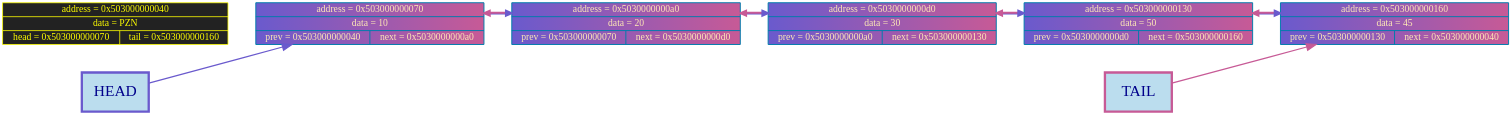
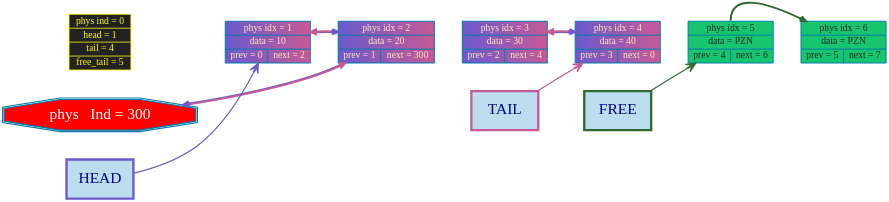
Before and after one commit to timoko3/list: the diagram in graphDumps/graphDump.dot, drawn with Graphviz. The commit also changed 18 other files, not shown here.

```diff
--- a/graphDumps/graphDump.dot
+++ b/graphDumps/graphDump.dot
@@ -1,31 +1,41 @@
 digraph G {
 rankdir=LR
 bgcolor="transparent"
 nodesep = 1;
 ranksep = 1
 	node [shape=record, style="filled", fillcolor="#FFA089", fontcolor="black", color="#007CAD", penwidth=2.5, fontname="Tahoma", fontsize=25];
 
-node64 [label="address = 0x503000000040 | data = PZN | {head = 0x503000000070 | tail = 0x503000000160} ", shape=record, style="filled", fillcolor="#222222", fontcolor="yellow", color="yellow", penwidth=2];
-	node112 [label="address = 0x503000000070 | data = 10 | {prev = 0x503000000040 | next = 0x5030000000a0} "];
-	node160 [label="address = 0x5030000000a0 | data = 20 | {prev = 0x503000000070 | next = 0x5030000000d0} "];
-	node208 [label="address = 0x5030000000d0 | data = 30 | {prev = 0x5030000000a0 | next = 0x503000000130} "];
-	node304 [label="address = 0x503000000130 | data = 50 | {prev = 0x5030000000d0 | next = 0x503000000160} "];
-	node352 [label="address = 0x503000000160 | data = 45 | {prev = 0x503000000130 | next = 0x503000000040} "];
+edge [color="#2d714f", arrowsize=1, penwidth=5, arrowhead="vee", style="bold"];
+node0 [label="phys ind = 0 | head = 1 | tail = 4 | free_tail = 5", shape=record, style="filled", fillcolor="#222222", fontcolor="yellow", color="yellow", penwidth=2];
+	node1 [label="phys idx = 1 | data = 10 | {prev = 0 | next = 2} "];
+	node2 [label="phys idx = 2 | data = 20 | {prev = 1 | next = 300} "];
+	node3 [label="phys idx = 3 | data = 30 | {prev = 2 | next = 4} "];
+	node4 [label="phys idx = 4 | data = 40 | {prev = 3 | next = 0} "];
+	node5 [label="phys idx = 5 | data = PZN | {prev = 4 | next = 6} "];
+	node6 [label="phys idx = 6 | data = PZN | {prev = 5 | next = 7} "];
 
 head_label      [shape=box, width = 2.4, height = 1.4, label="HEAD", style="filled", fillcolor="#BBDDEE", color="#6A5ACD", penwidth = 6,  fontcolor="darkblue", fontsize = 40];
 tail_label      [shape=box, width = 2.4, height = 1.4, label="TAIL", style="filled", fillcolor="#BBDDEE", color="#c75a96ff", penwidth = 6,  fontcolor="darkblue", fontsize = 40];
-head_label      -> node112 [color="#6A5ACD"  , arrowsize=2.5, penwidth=3];
-tail_label      -> node352 [color="#c75a96ff"  , arrowsize=2.5, penwidth=3];
-	node64 -> node112[style=invis, weight = 100000];
-node112 -> node160 -> node208 -> node304 -> node352[style=invis, weight=1000000];
-	node112 [fillcolor = "#6A5ACD:#c75a96ff", fontcolor = "#ffe9b5ff"]
-node112 -> node160[color="#6A5ACD:#c75a96ff", arrowsize=1.5, penwidth=5, weight=1000, constraint=false, dir = both];
-node160 [fillcolor = "#6A5ACD:#c75a96ff", fontcolor = "#ffe9b5ff"]
-node160 -> node208[color="#6A5ACD:#c75a96ff", arrowsize=1.5, penwidth=5, weight=1000, constraint=false, dir = both];
-node208 [fillcolor = "#6A5ACD:#c75a96ff", fontcolor = "#ffe9b5ff"]
-node208 -> node304[color="#6A5ACD:#c75a96ff", arrowsize=1.5, penwidth=5, weight=1000, constraint=false, dir = both];
-node304 [fillcolor = "#6A5ACD:#c75a96ff", fontcolor = "#ffe9b5ff"]
-node304 -> node352[color="#6A5ACD:#c75a96ff", arrowsize=1.5, penwidth=5, weight=1000, constraint=false, dir = both];
-node352 [fillcolor = "#6A5ACD:#c75a96ff", fontcolor = "#ffe9b5ff"]
+free_head_label [shape=box, width = 2.4, height = 1.4, label="FREE", style="filled", fillcolor="#BBDDEE", color="#326932", penwidth = 6,  fontcolor="darkblue", fontsize = 40];
+head_label      -> node1 [color="#6A5ACD"  , arrowsize=2.5, penwidth=3];
+tail_label      -> node4 [color="#c75a96ff"  , arrowsize=2.5, penwidth=3];
+free_head_label -> node5 [color="#326932"  , arrowsize=2.5, penwidth=3];
+node0 -> node1[style=invis, weight = 100000];
+	node1 -> node2 -> node3 -> node4 -> node5 -> node6[style=invis, weight=1000000];
+	node1 [fillcolor = "#6A5ACD:#c75a96ff", fontcolor = "#ffe9b5ff"]
+node2 [fillcolor = "#c75a96ff:#c75a96ff", fontcolor = "#ffe9b5ff"]
+node1 -> node2[color="#6A5ACD:#c75a96ff", arrowsize=1.5, penwidth=5, weight=1000, constraint=false, dir = both];
+node2 [fillcolor = "#6A5ACD:#c75a96ff", fontcolor = "#ffe9b5ff"]
+node300 [fillcolor = "#c75a96ff:#c75a96ff", fontcolor = "#ffe9b5ff"]
+node2 -> node300[color="#6A5ACD:#c75a96ff", arrowsize=1.5, penwidth=5, weight=1000, constraint=false, dir = both];
+node3 [fillcolor = "#6A5ACD:#c75a96ff", fontcolor = "#ffe9b5ff"]
+node4 [fillcolor = "#c75a96ff:#c75a96ff", fontcolor = "#ffe9b5ff"]
+node3 -> node4[color="#6A5ACD:#c75a96ff", arrowsize=1.5, penwidth=5, weight=1000, constraint=false, dir = both];
+node4 [fillcolor = "#6A5ACD:#c75a96ff", fontcolor = "#ffe9b5ff"]
+node5 [fillcolor = "#16c56eff", fontcolor = "#222926ff"]
+node6 [fillcolor = "#16c56eff", fontcolor = "#222926ff"]
+node5 -> node6[color="#326932", arrowsize=1.5, penwidth=5, weight=1000, constraint=false, tailport = n];
+node6 [fillcolor = "#16c56eff", fontcolor = "#222926ff"]
+	node300 [label="phys   Ind = 300",shape=doubleoctagon, fillcolor = "red", fontcolor="white", color="#007CAD", penwidth=3, fontname="Tahoma Bold", fontsize=40];
 
 }
```
